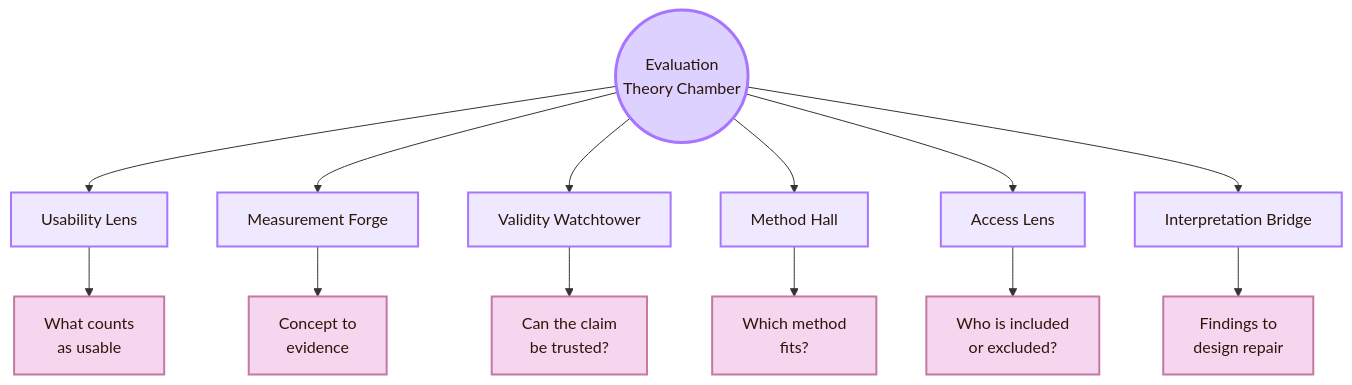
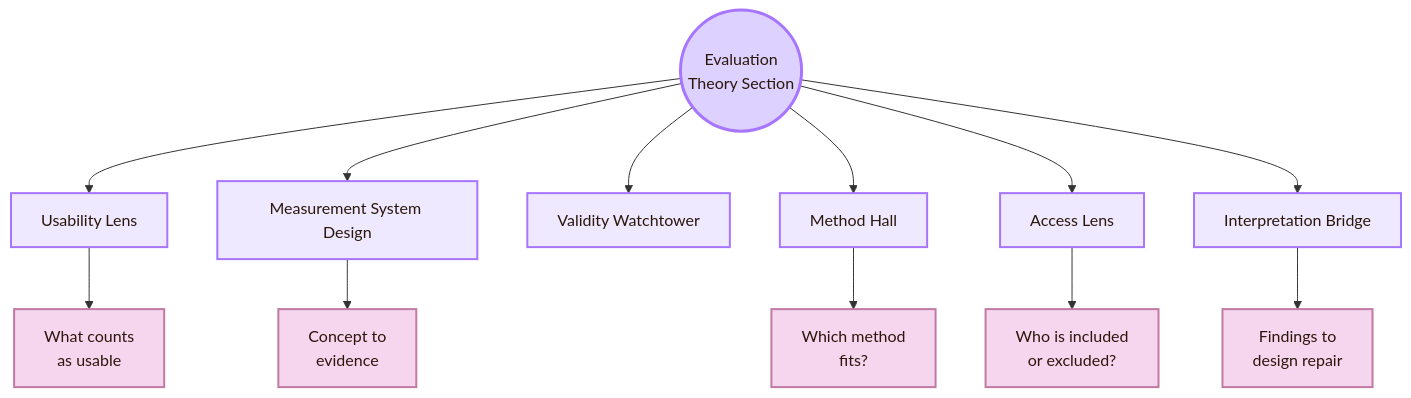
One commit to andreitegzes06-ui/CogniShire changed the first of 13 diagrams in 01_Core_Area_HCI/001_Subareas/03_Evaluating_the_Design/Activities/Theory.md. Above: the diagram before and after it, drawn with Mermaid. The commit also changed other lines of this file and 132 other files, not shown here.

````diff
--- a/01_Core_Area_HCI/001_Subareas/03_Evaluating_the_Design/Activities/Theory.md
+++ b/01_Core_Area_HCI/001_Subareas/03_Evaluating_the_Design/Activities/Theory.md
@@ -54,26 +34,25 @@
 ```mermaid
 flowchart TB
-    A((Evaluation<br/>Theory Chamber))
+    A((Evaluation<br/>Theory Section))
 
     A --> B[Usability Lens]
-    A --> C[Measurement Forge]
+    A --> C[Measurement System Design]
     A --> D[Validity Watchtower]
     A --> E[Method Hall]
     A --> F[Access Lens]
     A --> G[Interpretation Bridge]
 
     B --> B1[What counts<br/>as usable]
     C --> C1[Concept to<br/>evidence]
-    D --> D1[Can the claim<br/>be trusted?]
     E --> E1[Which method<br/>fits?]
     F --> F1[Who is included<br/>or excluded?]
     G --> G1[Findings to<br/>design repair]
 
     classDef center fill:#ddd2ff,stroke:#a875ff,color:#2b160b,stroke-width:3px;
     classDef node fill:#eee9ff,stroke:#a875ff,color:#2b160b,stroke-width:2px;
     classDef detail fill:#f6d6ee,stroke:#c27aa2,color:#2b160b,stroke-width:2px;
 
     class A center;
     class B,C,D,E,F,G node;
     class B1,C1,D1,E1,F1,G1 detail;
 ```
````
